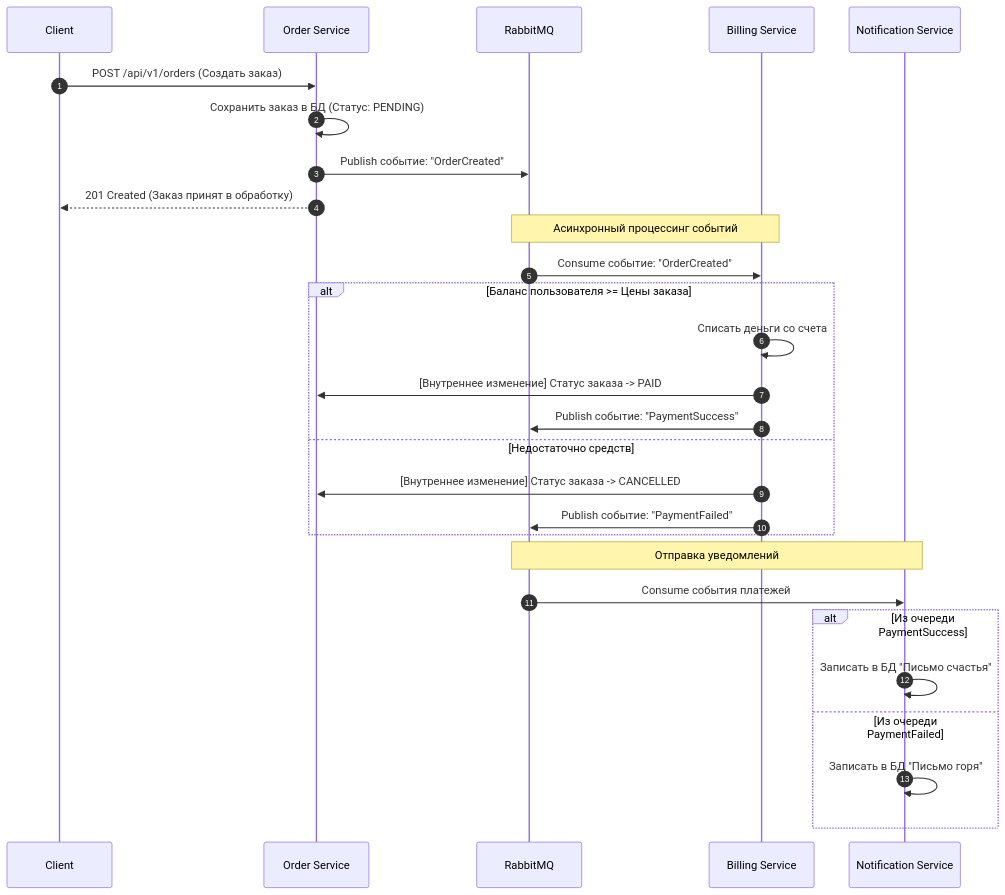
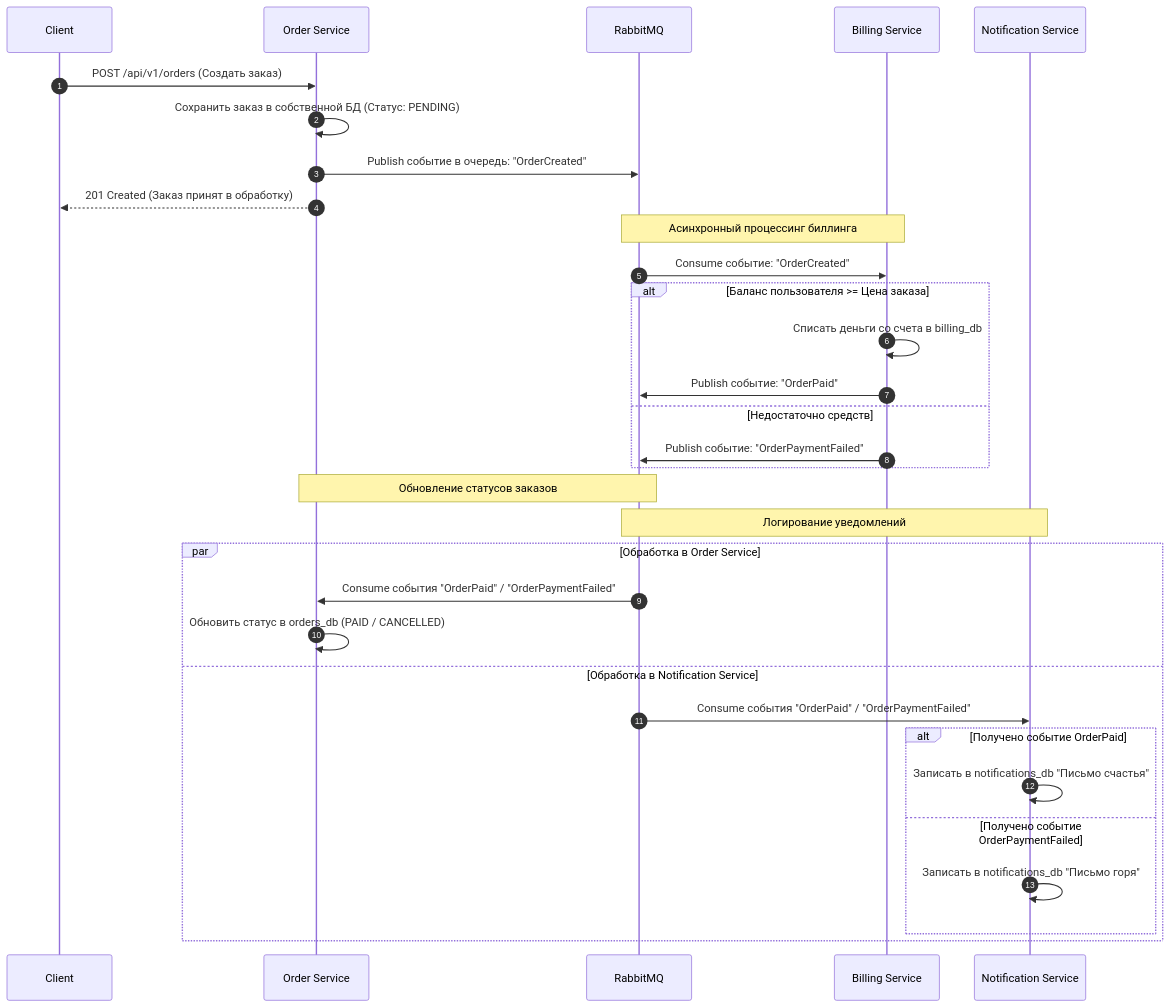
The diagram in README.md (bovmango-debug/otus-RESTful-CRUD-user), drawn with Mermaid before and after one commit. The commit also changed other lines of this file and 14 other files, not shown here.

````diff
--- a/README.md
+++ b/README.md
@@ -41,28 +36,33 @@
 ```mermaid
 sequenceDiagram
     autonumber
     Client->>Order Service: POST /api/v1/orders (Создать заказ)
-    Order Service->>Order Service: Сохранить заказ в БД (Статус: PENDING)
-    Order Service->>RabbitMQ: Publish событие: "OrderCreated"
+    Order Service->>Order Service: Сохранить заказ в собственной БД (Статус: PENDING)
+    Order Service->>RabbitMQ: Publish событие в очередь: "OrderCreated"
     Order Service-->>Client: 201 Created (Заказ принят в обработку)
     
-    Note over RabbitMQ, Billing Service: Асинхронный процессинг событий
+    Note over RabbitMQ, Billing Service: Асинхронный процессинг биллинга
     RabbitMQ->>Billing Service: Consume событие: "OrderCreated"
     
-    alt Баланс пользователя >= Цены заказа
-        Billing Service->>Billing Service: Списать деньги со счета
-        Billing Service->>Order Service: [Внутреннее изменение] Статус заказа -> PAID
-        Billing Service->>RabbitMQ: Publish событие: "PaymentSuccess"
+    alt Баланс пользователя >= Цена заказа
+        Billing Service->>Billing Service: Списать деньги со счета в billing_db
+        Billing Service->>RabbitMQ: Publish событие: "OrderPaid"
     else Недостаточно средств
-        Billing Service->>Order Service: [Внутреннее изменение] Статус заказа -> CANCELLED
-        Billing Service->>RabbitMQ: Publish событие: "PaymentFailed"
+        Billing Service->>RabbitMQ: Publish событие: "OrderPaymentFailed"
     end
     
-    Note over RabbitMQ, Notification Service: Отправка уведомлений
-    RabbitMQ->>Notification Service: Consume события платежей
-    alt Из очереди PaymentSuccess
-        Notification Service->>Notification Service: Записать в БД "Письмо счастья"
-    else Из очереди PaymentFailed
-        Notification Service->>Notification Service: Записать в БД "Письмо горя"
+    Note over RabbitMQ, Order Service: Обновление статусов заказов
+    Note over RabbitMQ, Notification Service: Логирование уведомлений
+    
+    par Обработка в Order Service
+        RabbitMQ->>Order Service: Consume события "OrderPaid" / "OrderPaymentFailed"
+        Order Service->>Order Service: Обновить статус в orders_db (PAID / CANCELLED)
+    and Обработка в Notification Service
+        RabbitMQ->>Notification Service: Consume события "OrderPaid" / "OrderPaymentFailed"
+        alt Получено событие OrderPaid
+            Notification Service->>Notification Service: Записать в notifications_db "Письмо счастья"
+        else Получено событие OrderPaymentFailed
+            Notification Service->>Notification Service: Записать в notifications_db "Письмо горя"
+        end
     end
 ```
````
